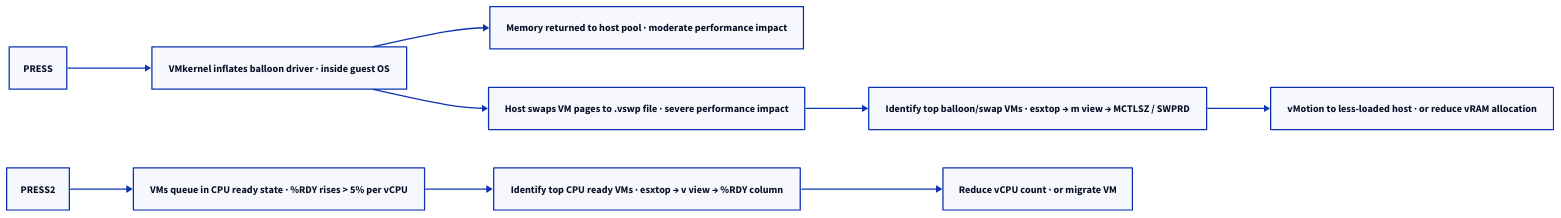
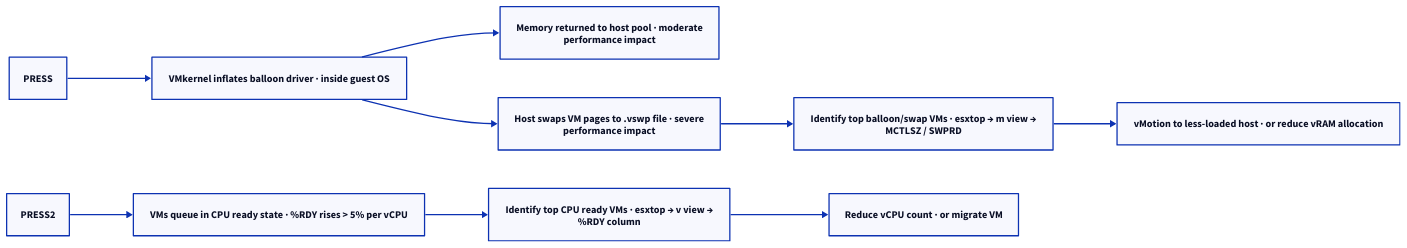
The diagram in docs/virtualization/vmware/topics/scenarios/vm-cpu-memory-contention.md (canast01/chris-kb), drawn with D2 before and after one commit. The commit also changed other lines of this file and 192 other files, not shown here.

````diff
--- a/docs/virtualization/vmware/topics/scenarios/vm-cpu-memory-contention.md
+++ b/docs/virtualization/vmware/topics/scenarios/vm-cpu-memory-contention.md
@@ -18,23 +18,23 @@
 ```d2
 direction: right
 
 PRESS: "PRESS" {shape: rectangle}
 BALLOON: "VMkernel inflates balloon driver · inside guest OS" {shape: rectangle}
-BRELIEF: "Memory returned to host pool · moderate performance impact" {shape: rectangle}
-SWAP: "Host swaps VM pages to .vswp file · severe performance impact" {shape: rectangle}
+BRELIEF: "Memory returned to host pool · moderate\nperformance impact" {shape: rectangle}
+SWAP: "Host swaps VM pages to .vswp file · severe\nperformance impact" {shape: rectangle}
 PRESS2: "PRESS2" {shape: rectangle}
 READY: "VMs queue in CPU ready state · %RDY rises > 5% per vCPU" {shape: rectangle}
-ACTION: "Identify top balloon/swap VMs · esxtop → m view → MCTLSZ / SWPRD" {shape: rectangle}
-ACTION2: "Identify top CPU ready VMs · esxtop → v view → %RDY column" {shape: rectangle}
+ACTION: "Identify top balloon/swap VMs · esxtop → m view →\nMCTLSZ / SWPRD" {shape: rectangle}
+ACTION2: "Identify top CPU ready VMs · esxtop → v view →\n%RDY column" {shape: rectangle}
 RESOLVE: "vMotion to less-loaded host · or reduce vRAM allocation" {shape: rectangle}
 RESOLVE2: "Reduce vCPU count · or migrate VM" {shape: rectangle}
 
 PRESS -> BALLOON
 BALLOON -> BRELIEF
 BALLOON -> SWAP
 PRESS2 -> READY
 SWAP -> ACTION
 READY -> ACTION2
 ACTION -> RESOLVE
 ACTION2 -> RESOLVE2
 ```
````
